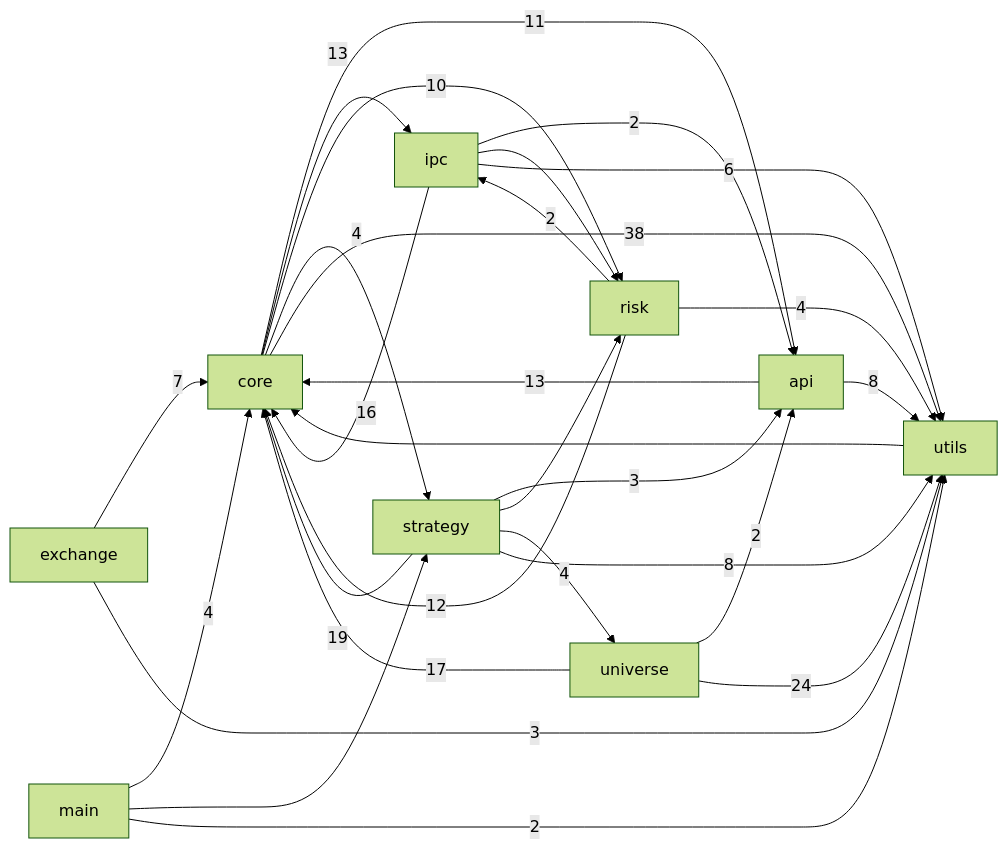
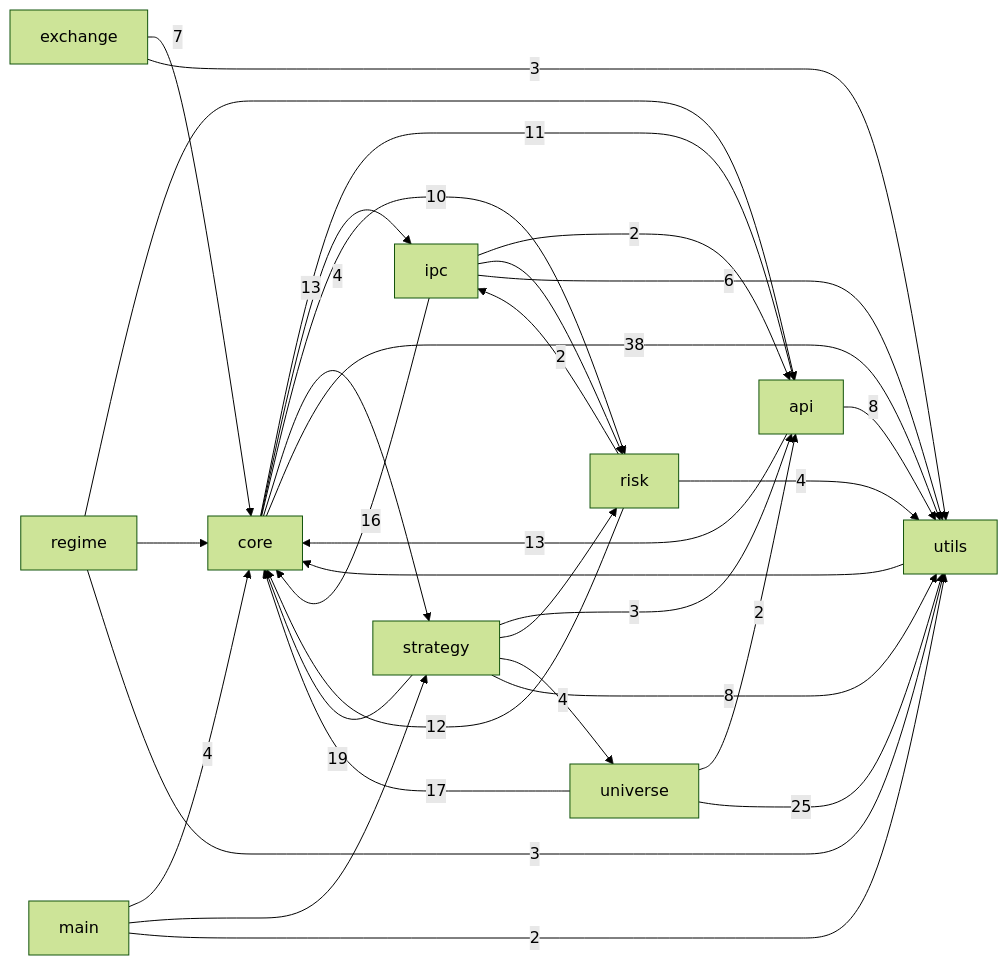
The first of 3 diagrams in docs/CODE_GRAPH.md (pypy8171/Quant), drawn with Mermaid (forest theme) before and after one commit. The commit also changed other lines of this file and 21 other files, not shown here.

````diff
--- a/docs/CODE_GRAPH.md
+++ b/docs/CODE_GRAPH.md
@@ -10,40 +10,44 @@
 ```mermaid
 graph LR
   main[main]
   core[core]
   strategy[strategy]
   api[api]
   universe[universe]
   risk[risk]
   ipc[ipc]
   utils[utils]
   exchange[exchange]
+  regime[regime]
   api -->|13| core
   api -->|8| utils
   core -->|11| api
   core -->|13| ipc
   core -->|10| risk
   core -->|4| strategy
   core -->|38| utils
   exchange -->|7| core
   exchange -->|3| utils
   ipc -->|2| api
   ipc -->|16| core
   ipc --> risk
   ipc -->|6| utils
   main -->|4| core
   main --> strategy
   main -->|2| utils
+  regime --> api
+  regime --> core
+  regime -->|3| utils
   risk -->|12| core
   risk -->|2| ipc
   risk -->|4| utils
   strategy -->|3| api
   strategy -->|19| core
   strategy --> risk
   strategy -->|4| universe
   strategy -->|8| utils
   universe -->|2| api
   universe -->|17| core
-  universe -->|24| utils
+  universe -->|25| utils
   utils --> core
 ```
````
